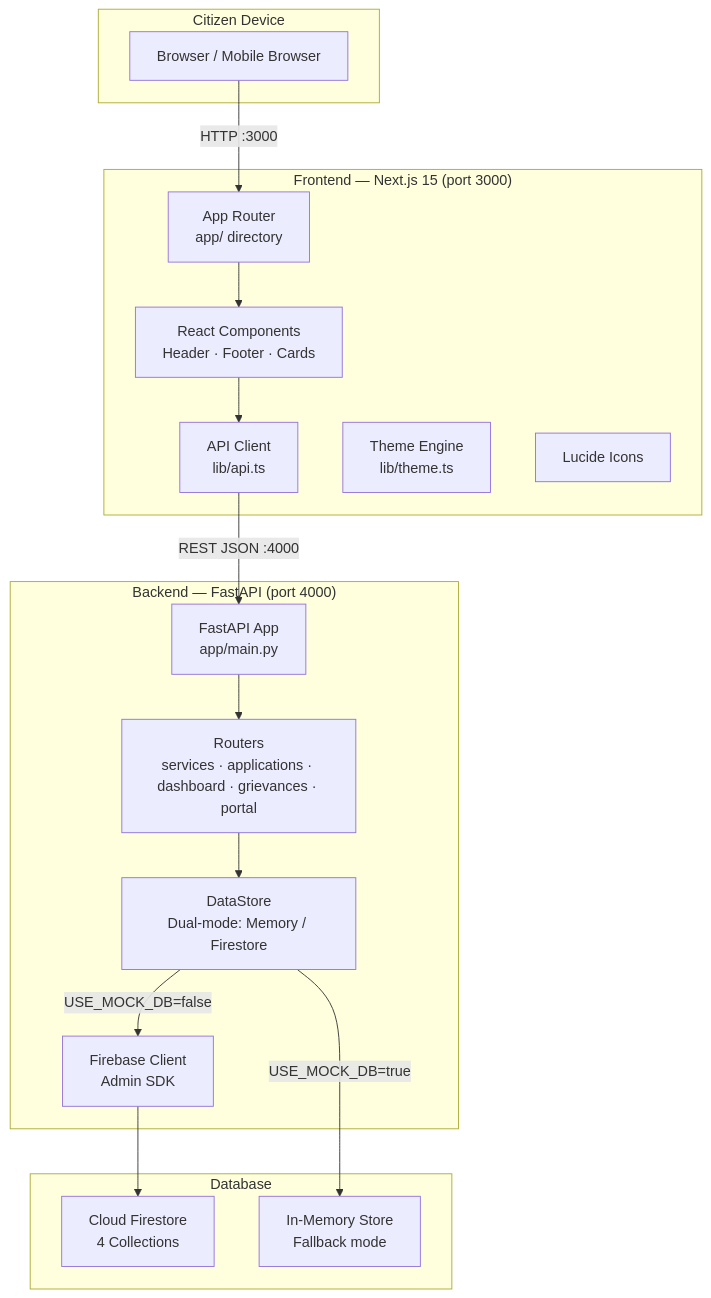
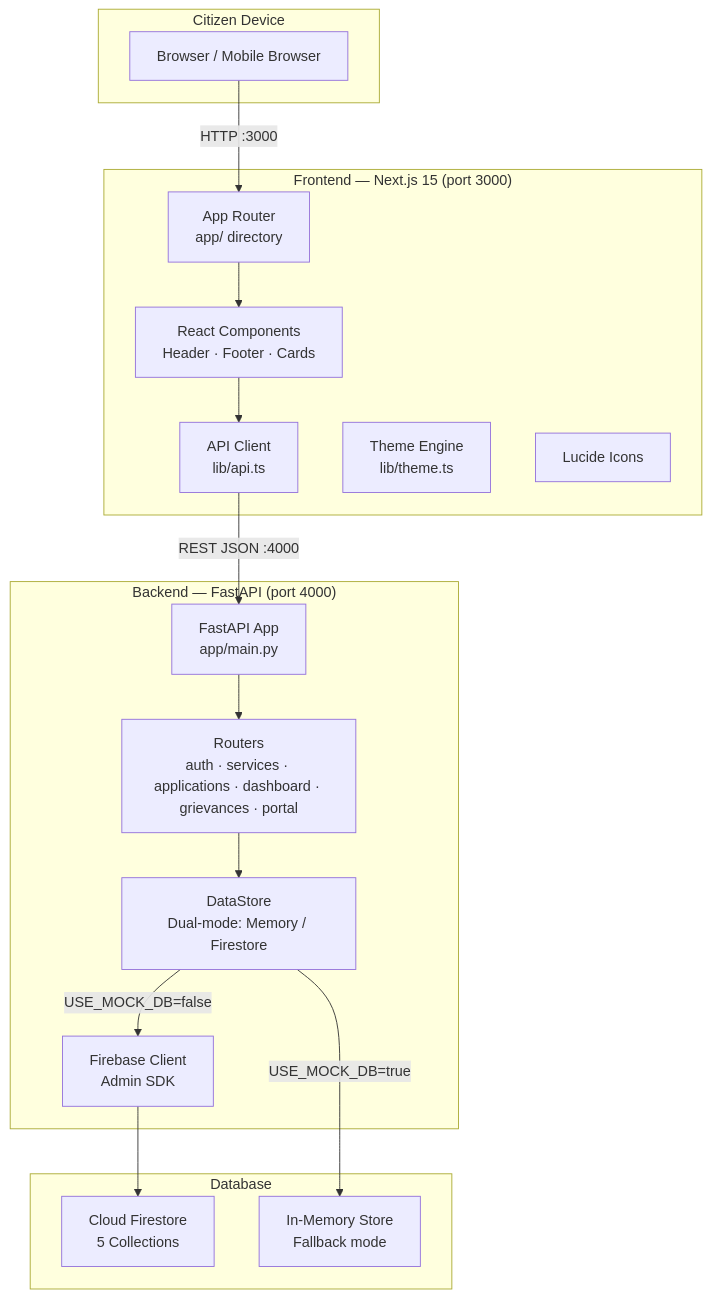
Before and after one commit to hschinmayabharadwaj/Vsrun-Mayya: the first of 16 diagrams in docs/ARCHITECTURE.md, drawn with Mermaid. The commit also changed other lines of this file and 1 other file, not shown here.

````diff
--- a/docs/ARCHITECTURE.md
+++ b/docs/ARCHITECTURE.md
@@ -32,36 +32,36 @@
 ```mermaid
 graph TB
     subgraph Citizen["Citizen Device"]
         Browser["Browser / Mobile Browser"]
     end
 
     subgraph Frontend["Frontend — Next.js 15 (port 3000)"]
         AppRouter["App Router<br/>app/ directory"]
         Components["React Components<br/>Header · Footer · Cards"]
         APIClient["API Client<br/>lib/api.ts"]
         ThemeEngine["Theme Engine<br/>lib/theme.ts"]
         LucideIcons["Lucide Icons"]
     end
 
     subgraph Backend["Backend — FastAPI (port 4000)"]
         FastAPIApp["FastAPI App<br/>app/main.py"]
-        Routers["Routers<br/>services · applications · dashboard · grievances · portal"]
+        Routers["Routers<br/>auth · services · applications · dashboard · grievances · portal"]
         DataStore["DataStore<br/>Dual-mode: Memory / Firestore"]
         FirebaseClient["Firebase Client<br/>Admin SDK"]
     end
 
     subgraph Database["Database"]
-        Firestore["Cloud Firestore<br/>4 Collections"]
+        Firestore["Cloud Firestore<br/>5 Collections"]
         MemoryStore["In-Memory Store<br/>Fallback mode"]
     end
 
     Browser -->|"HTTP :3000"| AppRouter
     AppRouter --> Components
     Components --> APIClient
     APIClient -->|"REST JSON :4000"| FastAPIApp
     FastAPIApp --> Routers
     Routers --> DataStore
     DataStore -->|"USE_MOCK_DB=false"| FirebaseClient
     DataStore -->|"USE_MOCK_DB=true"| MemoryStore
     FirebaseClient --> Firestore
 ```
````
